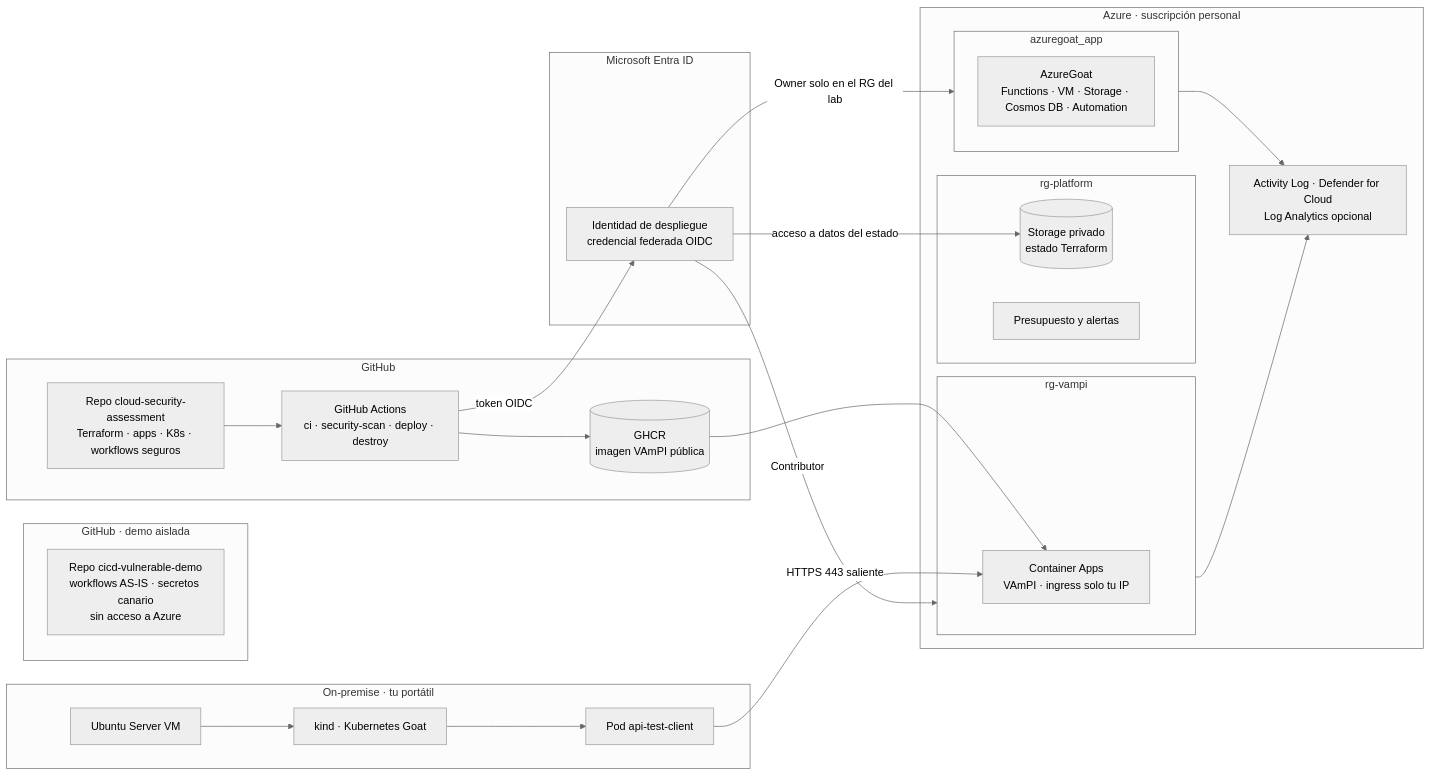
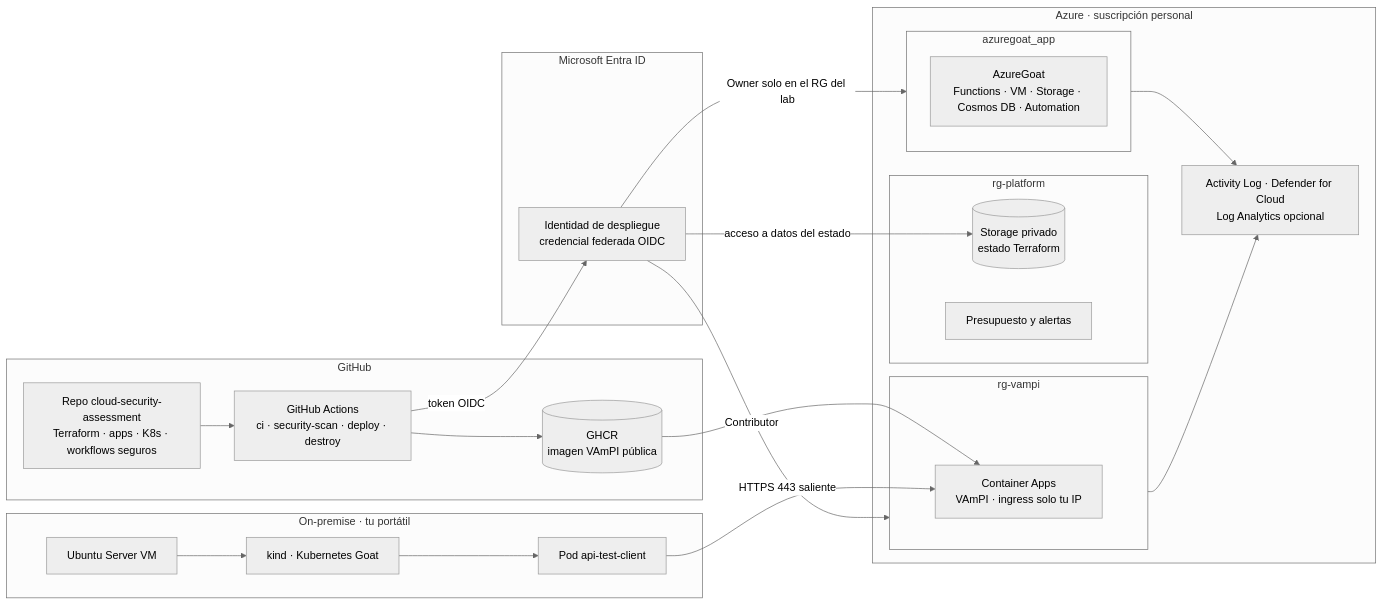
The diagram in architecture/architecture.mmd (Pentesting-Nublopost-onprem/cloud-security-assessment), drawn with Mermaid (neutral theme) before and after one commit. The commit also changed 3 other files, not shown here.

```diff
--- a/architecture/architecture.mmd
+++ b/architecture/architecture.mmd
@@ -1,46 +1,42 @@
 flowchart LR
   subgraph GH["GitHub"]
     R1["Repo cloud-security-assessment<br/>Terraform · apps · K8s · workflows seguros"]
     GA["GitHub Actions<br/>ci · security-scan · deploy · destroy"]
     GHCR[("GHCR<br/>imagen VAmPI pública")]
     R1 --> GA
     GA --> GHCR
-  end
-
-  subgraph DEMO["GitHub · demo aislada"]
-    R2["Repo cicd-vulnerable-demo<br/>workflows AS-IS · secretos canario<br/>sin acceso a Azure"]
   end
 
   subgraph ENTRA["Microsoft Entra ID"]
     OIDC["Identidad de despliegue<br/>credencial federada OIDC"]
   end
 
   subgraph AZ["Azure · suscripción personal"]
     subgraph PLAT["rg-platform"]
       ST[("Storage privado<br/>estado Terraform")]
       BUD["Presupuesto y alertas"]
     end
     subgraph LAB["azuregoat_app"]
       AG["AzureGoat<br/>Functions · VM · Storage · Cosmos DB · Automation"]
     end
     subgraph APIRG["rg-vampi"]
       ACA["Container Apps<br/>VAmPI · ingress solo tu IP"]
     end
     MON["Activity Log · Defender for Cloud<br/>Log Analytics opcional"]
   end
 
   subgraph ONP["On-premise · tu portátil"]
     VM["Ubuntu Server VM"]
     KIND["kind · Kubernetes Goat"]
     CLI["Pod api-test-client"]
     VM --> KIND --> CLI
   end
 
   GA -- "token OIDC" --> OIDC
   OIDC -- "Owner solo en el RG del lab" --> LAB
   OIDC -- "Contributor" --> APIRG
   OIDC -- "acceso a datos del estado" --> ST
   GHCR --> ACA
   CLI -- "HTTPS 443 saliente" --> ACA
   LAB --> MON
   APIRG --> MON
```
